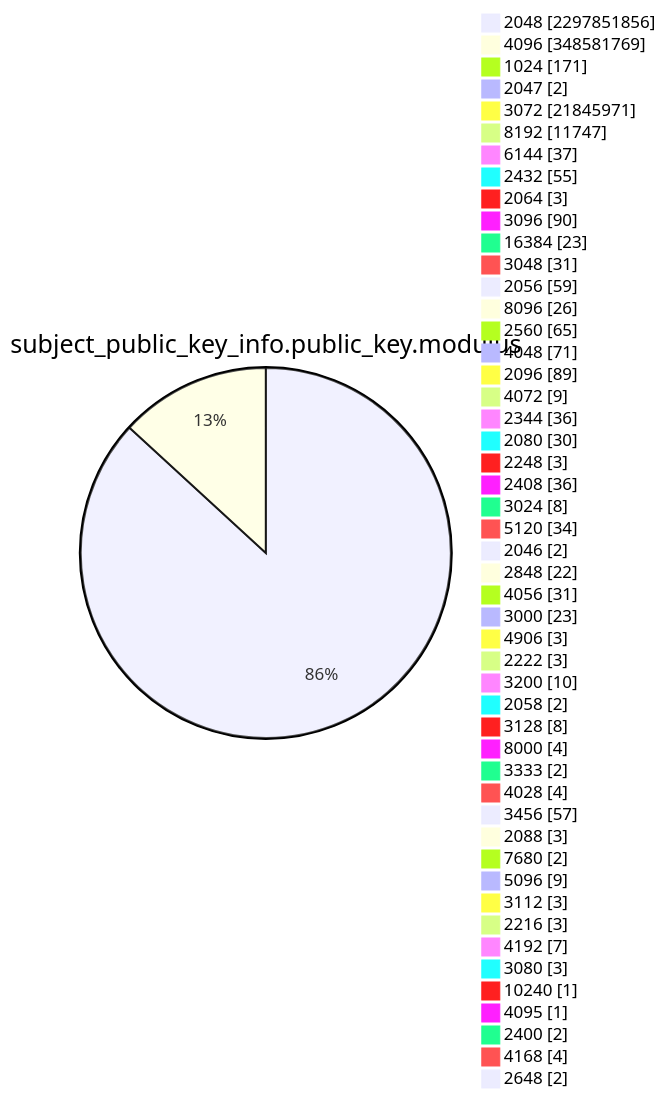
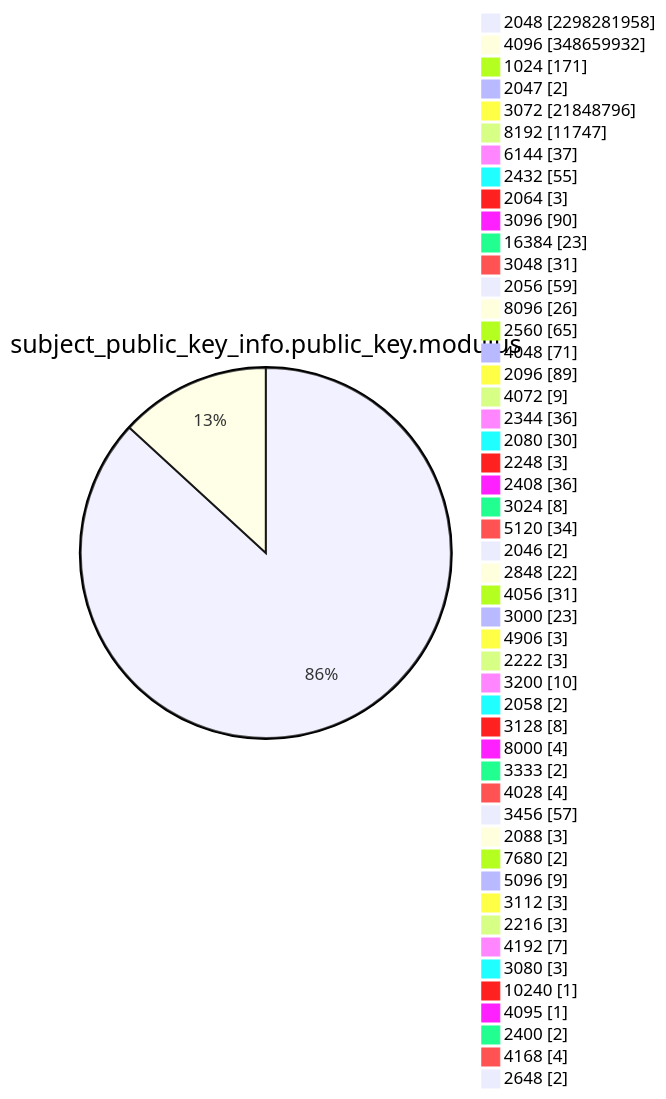
Before and after one commit to christiankrug/ctmonitor_visualization: diagram 13 of 15 in TOTAL/README.md, drawn with Mermaid. The commit also changed other lines of this file, not shown here.

````diff
--- a/TOTAL/README.md
+++ b/TOTAL/README.md
@@ -4165,53 +4165,53 @@
 ```mermaid
 pie showData
 title subject_public_key_info.public_key.modulus
-"2048" :2297851856
-"4096" :348581769
+"2048" :2298281958
+"4096" :348659932
 "1024" :171
 "2047" :2
-"3072" :21845971
+"3072" :21848796
 "8192" :11747
 "6144" :37
 "2432" :55
 "2064" :3
 "3096" :90
 "16384" :23
 "3048" :31
 "2056" :59
 "8096" :26
 "2560" :65
 "4048" :71
 "2096" :89
 "4072" :9
 "2344" :36
 "2080" :30
 "2248" :3
 "2408" :36
 "3024" :8
 "5120" :34
 "2046" :2
 "2848" :22
 "4056" :31
 "3000" :23
 "4906" :3
 "2222" :3
 "3200" :10
 "2058" :2
 "3128" :8
 "8000" :4
 "3333" :2
 "4028" :4
 "3456" :57
 "2088" :3
 "7680" :2
 "5096" :9
 "3112" :3
 "2216" :3
 "4192" :7
 "3080" :3
 "10240" :1
 "4095" :1
 "2400" :2
 "4168" :4
 "2648" :2
 ```
````
